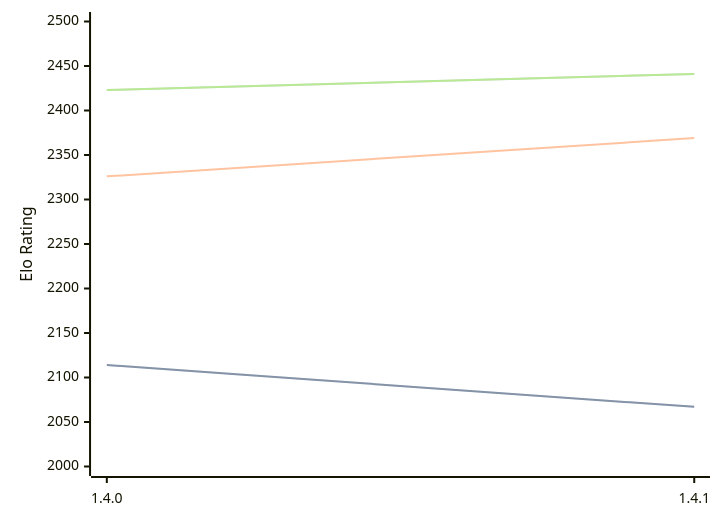
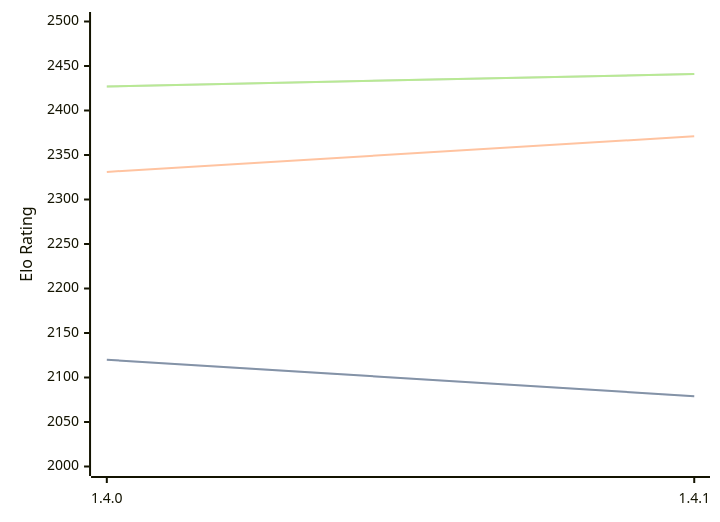
One commit to computer-chess-index/cci changed the diagram in engines/Tofiks.md. Above: the diagram before and after it, drawn with Mermaid. The commit also changed other lines of this file, not shown here.

Commit message:
Update CCI Ratings (ELO VLTC) - 2026-04-18

````diff
--- a/engines/Tofiks.md
+++ b/engines/Tofiks.md
@@ -36,11 +36,11 @@
 ```mermaid
 %%{init: {"theme":"base","themeVariables":{"seriesColors:['#a3a3a3','#222221','#faa371']}}}%%
 xychart-beta
   x-axis ["1.4.0", "1.4.1"]
   y-axis "Elo Rating" 2000 --> 2500
-  line "STC (8.0+0.08s)" [2114, 2067]
-  line "STC (8.0+0.08s)" [2114, 2067]
-  line "LTC (60.0+0.60s)" [2326, 2369]
-  line "VLTC (2m24s+1.12s)" [2423, 2441]
-  line "VLTC (2m24s+1.12s)" [2423, 2441]
+  line "STC (8.0+0.08s)" [2120, 2079]
+  line "STC (8.0+0.08s)" [2120, 2079]
+  line "LTC (60.0+0.60s)" [2331, 2371]
+  line "VLTC (2m24s+1.12s)" [2427, 2441]
+  line "VLTC (2m24s+1.12s)" [2427, 2441]
 ```
````
